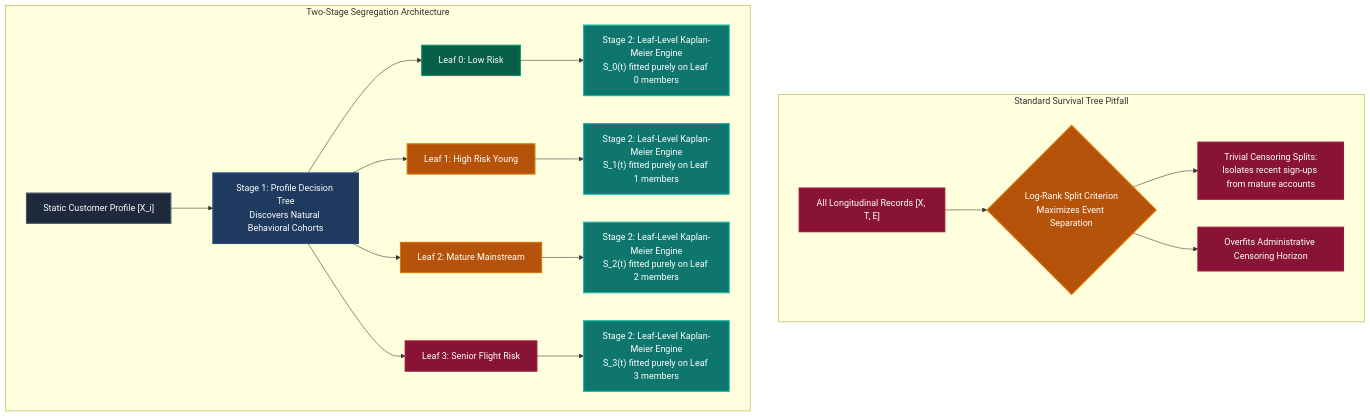
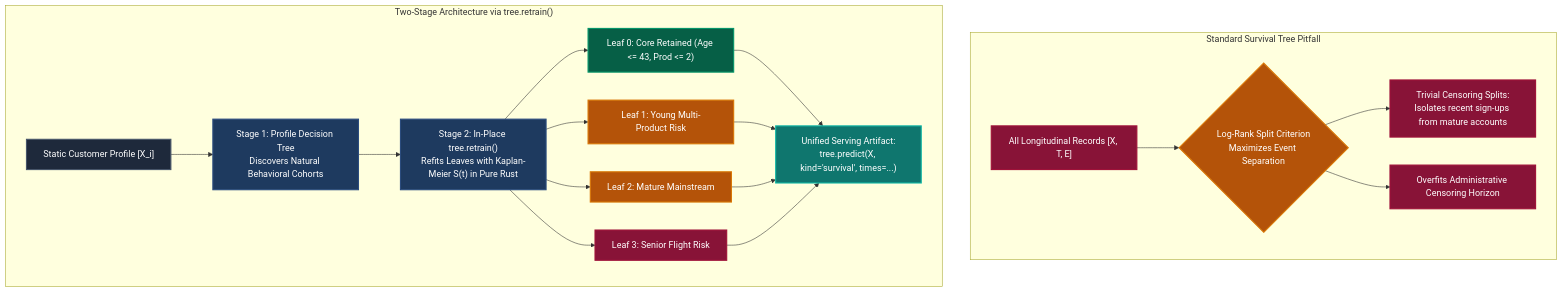
One commit to jkapila/mltreelib changed the diagram in docs/blog/segregate-first-two-stage-survival-trees.md. Above: the diagram before and after it, drawn with Mermaid. The commit also changed other lines of this file and 3 other files, not shown here.

Commit message:
refactor(survival): use native tree.retrain() in two-stage survival case study

````diff
--- a/docs/blog/segregate-first-two-stage-survival-trees.md
+++ b/docs/blog/segregate-first-two-stage-survival-trees.md
@@ -36,38 +37,36 @@
 ```mermaid
 flowchart TD
     subgraph Trap["Standard Survival Tree Pitfall"]
         A["All Longitudinal Records [X, T, E]"] --> B{"Log-Rank Split Criterion\nMaximizes Event Separation"}
         B --> C["Trivial Censoring Splits:\nIsolates recent sign-ups from mature accounts"]
         B --> D["Overfits Administrative Censoring Horizon"]
     end
 
-    subgraph Solved["Two-Stage Segregation Architecture"]
+    subgraph Solved["Two-Stage Architecture via tree.retrain()"]
         E["Static Customer Profile [X_i]"] --> F["Stage 1: Profile Decision Tree\nDiscovers Natural Behavioral Cohorts"]
-        F --> G["Leaf 0: Low Risk"]
-        F --> H["Leaf 1: High Risk Young"]
-        F --> I["Leaf 2: Mature Mainstream"]
-        F --> J["Leaf 3: Senior Flight Risk"]
-        G --> K["Stage 2: Leaf-Level Kaplan-Meier Engine\nS_0(t) fitted purely on Leaf 0 members"]
-        H --> L["Stage 2: Leaf-Level Kaplan-Meier Engine\nS_1(t) fitted purely on Leaf 1 members"]
-        I --> M["Stage 2: Leaf-Level Kaplan-Meier Engine\nS_2(t) fitted purely on Leaf 2 members"]
-        J --> N["Stage 2: Leaf-Level Kaplan-Meier Engine\nS_3(t) fitted purely on Leaf 3 members"]
+        F --> G["Stage 2: In-Place tree.retrain()\nRefits Leaves with Kaplan-Meier S(t) in Pure Rust"]
+        G --> H["Leaf 0: Core Retained (Age <= 43, Prod <= 2)"]
+        G --> I["Leaf 1: Young Multi-Product Risk"]
+        G --> J["Leaf 2: Mature Mainstream"]
+        G --> K["Leaf 3: Senior Flight Risk"]
+        H & I & J & K --> L["Unified Serving Artifact:\ntree.predict(X, kind='survival', times=...)"]
     end
 
     classDef trapBox fill:#881337,stroke:#9f1239,stroke-width:2px,color:#ffffff;
     classDef gateBox fill:#b45309,stroke:#d97706,stroke-width:2px,color:#ffffff;
     classDef dataBox fill:#1e293b,stroke:#475569,stroke-width:2px,color:#ffffff;
     classDef stageBox fill:#1e3a5f,stroke:#2b4c7e,stroke-width:2px,color:#ffffff;
     classDef lowRisk fill:#065f46,stroke:#059669,stroke-width:2px,color:#ffffff;
     classDef medRisk fill:#b45309,stroke:#d97706,stroke-width:2px,color:#ffffff;
     classDef highRisk fill:#881337,stroke:#9f1239,stroke-width:2px,color:#ffffff;
     classDef kmBox fill:#0f766e,stroke:#14b8a6,stroke-width:2px,color:#ffffff;
 
     class A,C,D trapBox;
     class B gateBox;
     class E dataBox;
-    class F stageBox;
-    class G lowRisk;
-    class H,I medRisk;
-    class J highRisk;
-    class K,L,M,N kmBox;
+    class F,G stageBox;
+    class H lowRisk;
+    class I,J medRisk;
+    class K highRisk;
+    class L kmBox;
 ```
````
